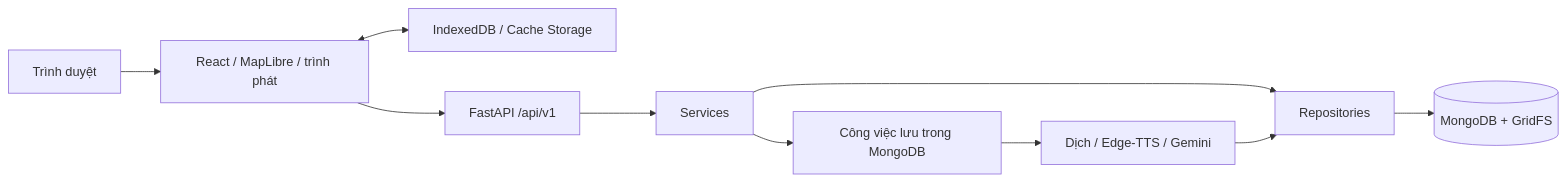
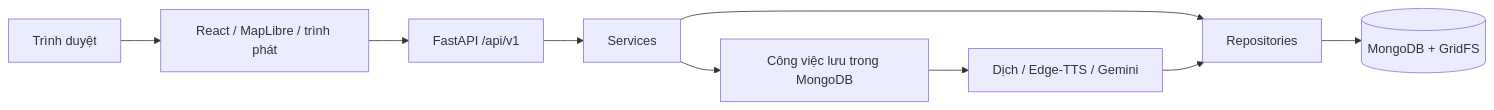
Before and after one commit to Koiso00/CNPM_THUYET_MINH_TU_DONG: the diagram in docs/ARCHITECTURE.md, drawn with Mermaid. The commit also changed other lines of this file and 58 other files, not shown here.

````diff
--- a/docs/ARCHITECTURE.md
+++ b/docs/ARCHITECTURE.md
@@ -48,12 +53,11 @@
 ```mermaid
 flowchart LR
   User[Trình duyệt] --> Web[React / MapLibre / trình phát]
-  Web <--> Local[IndexedDB / Cache Storage]
   Web --> API[FastAPI /api/v1]
   API --> Services[Services]
   Services --> Repositories[Repositories]
   Repositories --> DB[(MongoDB + GridFS)]
   Services --> Jobs[Công việc lưu trong MongoDB]
   Jobs --> Providers[Dịch / Edge-TTS / Gemini]
   Providers --> Repositories
 ```
````
